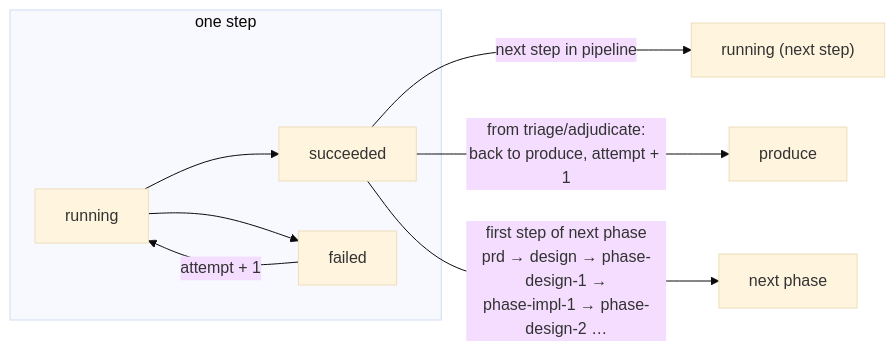
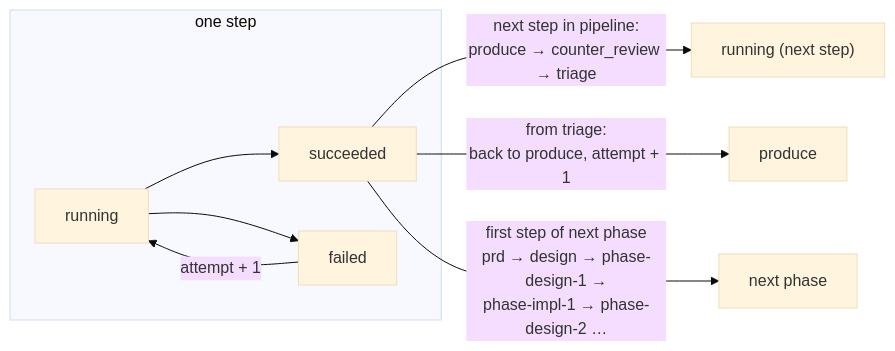
One commit to Aroton/ArchflowV2 changed the second of 2 diagrams in docs/state/DURABLE-STATE.md. Above: the diagram before and after it, drawn with Mermaid (base theme). The commit also changed other lines of this file and 99 other files, not shown here.

````diff
--- a/docs/state/DURABLE-STATE.md
+++ b/docs/state/DURABLE-STATE.md
@@ -77,11 +77,11 @@
 ```mermaid
 flowchart LR
     subgraph one step
         R[running] --> S[succeeded]
         R --> F[failed]
         F -->|"attempt + 1"| R
     end
-    S -->|next step in pipeline| R2["running (next step)"]
-    S -->|"from triage/adjudicate:<br/>back to produce, attempt + 1"| P[produce]
+    S -->|"next step in pipeline:<br/>produce → counter_review → triage"| R2["running (next step)"]
+    S -->|"from triage:<br/>back to produce, attempt + 1"| P[produce]
     S -->|"first step of next phase<br/>prd → design → phase-design-1 →<br/>phase-impl-1 → phase-design-2 …"| N[next phase]
 ```
````
